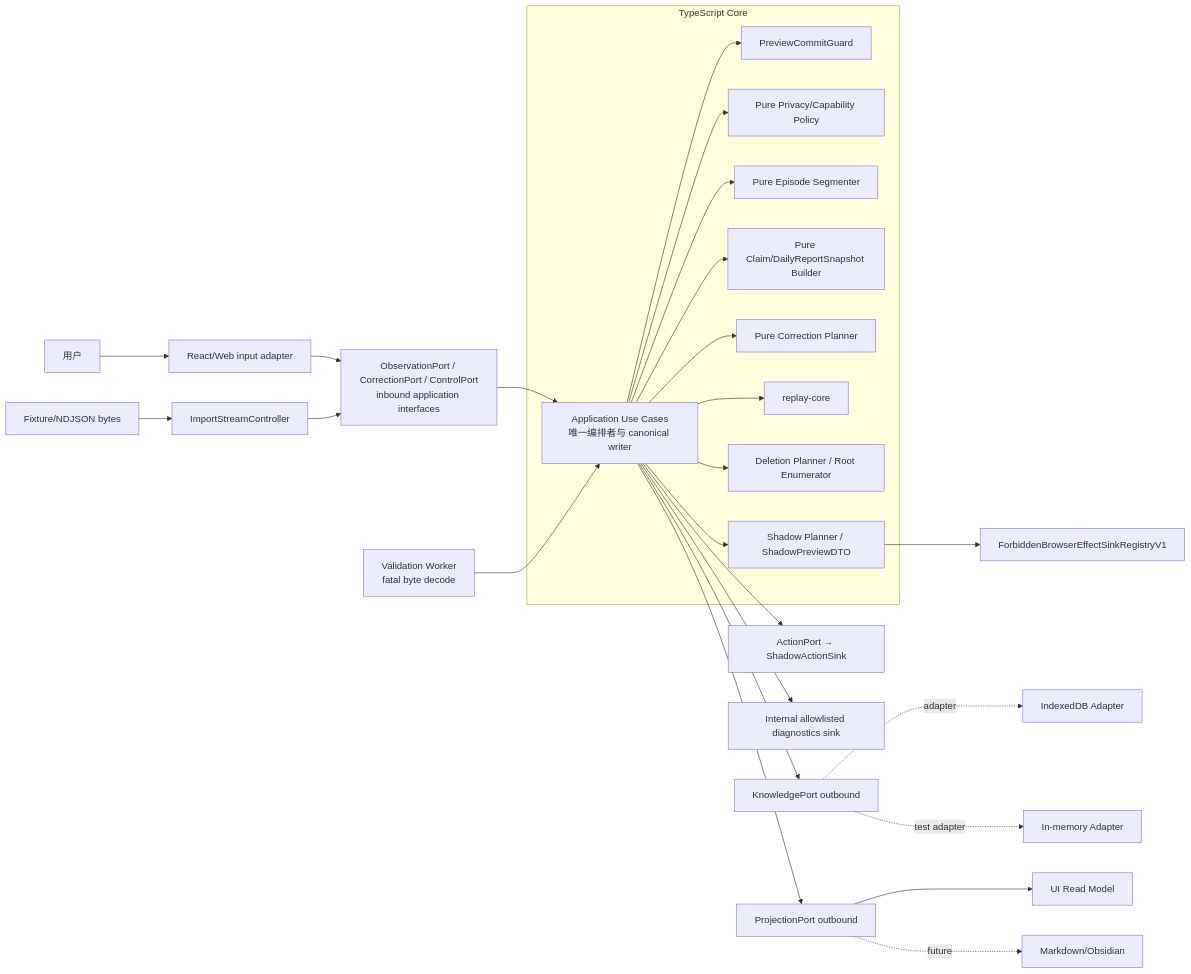
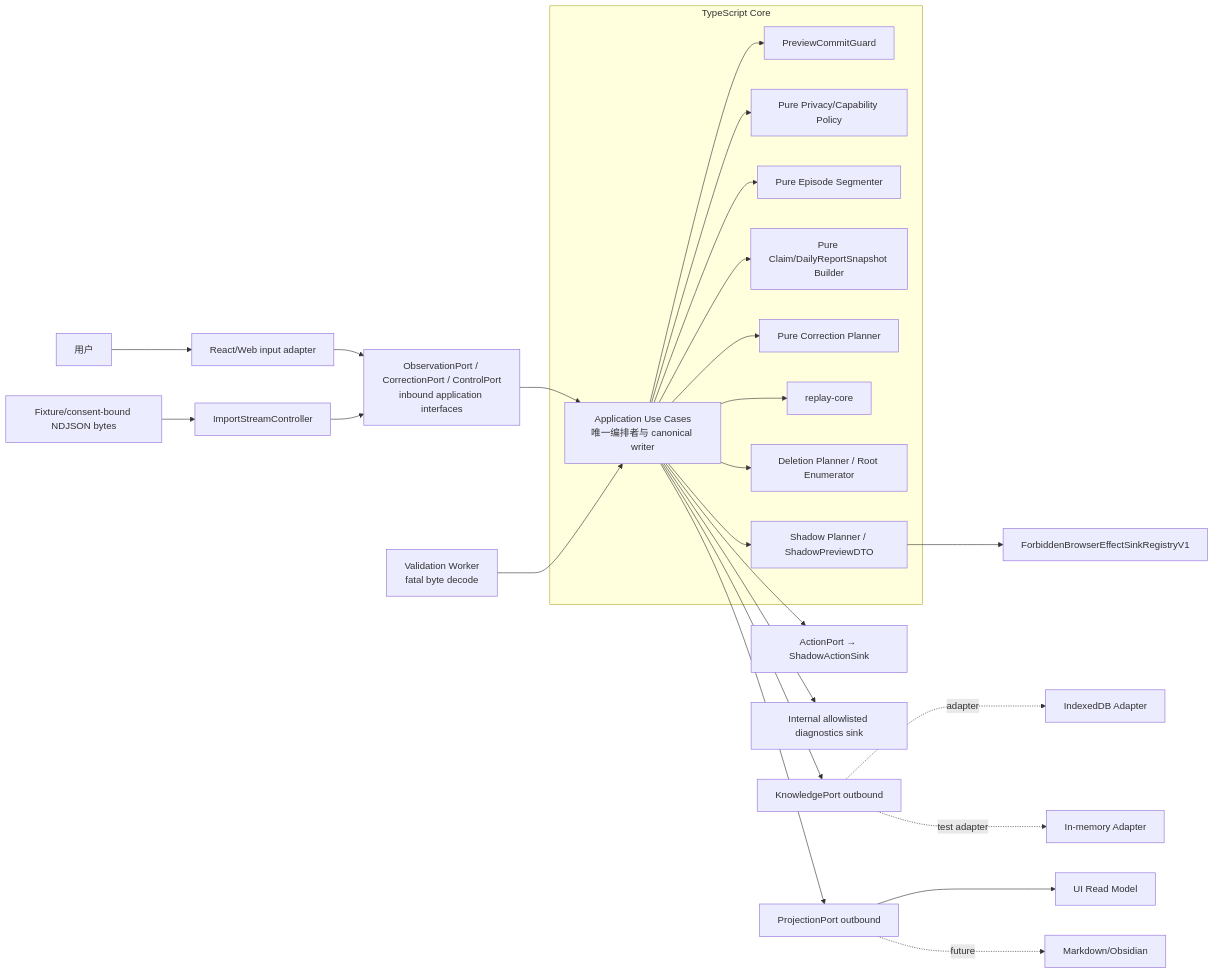
One commit to ra1nzzz/ProAGI changed the second of 3 diagrams in docs/final/ARCH.md. Above: the diagram before and after it, drawn with Mermaid. The commit also changed other lines of this file and 18 other files, not shown here.

Commit message:
fix: bind NDJSON import to consent scope

````diff
--- a/docs/final/ARCH.md
+++ b/docs/final/ARCH.md
@@ -55,28 +55,28 @@
 ```mermaid
 flowchart LR
   U[用户] --> UI[React/Web input adapter]
-  F[Fixture/NDJSON bytes] --> STREAM[ImportStreamController]
+  F[Fixture/consent-bound NDJSON bytes] --> STREAM[ImportStreamController]
   UI --> IN[ObservationPort / CorrectionPort / ControlPort\ninbound application interfaces]
   STREAM --> IN
   IN --> APP[Application Use Cases\n唯一编排者与 canonical writer]
   subgraph Core[TypeScript Core]
     APP --> GUARD[PreviewCommitGuard]
     APP --> POL[Pure Privacy/Capability Policy]
     APP --> SEG[Pure Episode Segmenter]
     APP --> INF[Pure Claim/DailyReportSnapshot Builder]
     APP --> COR[Pure Correction Planner]
     APP --> REP[replay-core]
     APP --> DEL[Deletion Planner / Root Enumerator]
     APP --> SHADOW[Shadow Planner / ShadowPreviewDTO]
   end
   APP --> KPORT[KnowledgePort outbound]
   KPORT -.adapter.-> IDB[IndexedDB Adapter]
   KPORT -.test adapter.-> MEM[In-memory Adapter]
   APP --> PROJ[ProjectionPort outbound]
   PROJ --> UIREAD[UI Read Model]
   PROJ -.future.-> MD[Markdown/Obsidian]
   APP --> APORT[ActionPort → ShadowActionSink]
   SHADOW --> FX[ForbiddenBrowserEffectSinkRegistryV1]
   APP --> DIAG[Internal allowlisted diagnostics sink]
   WORKER[Validation Worker\nfatal byte decode] --> APP
 ```
````
